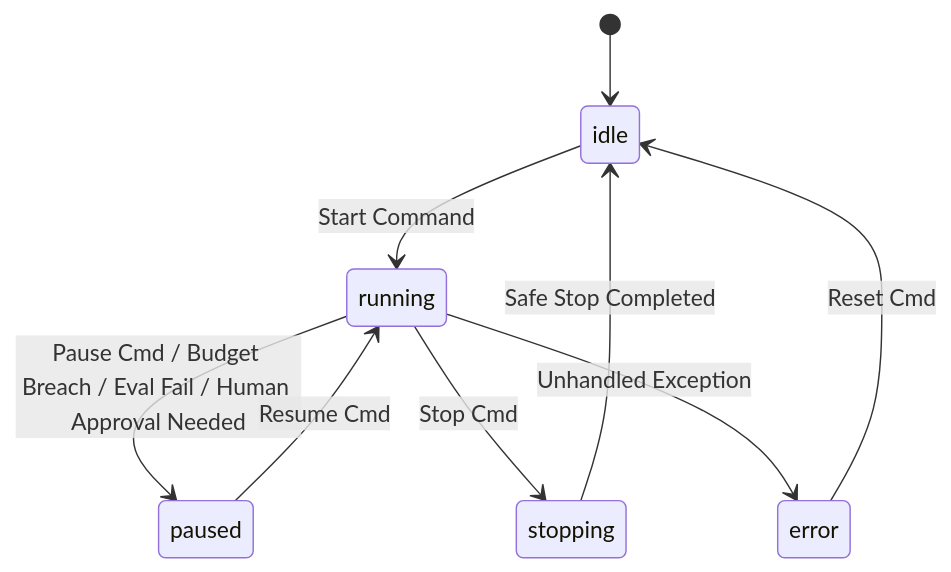
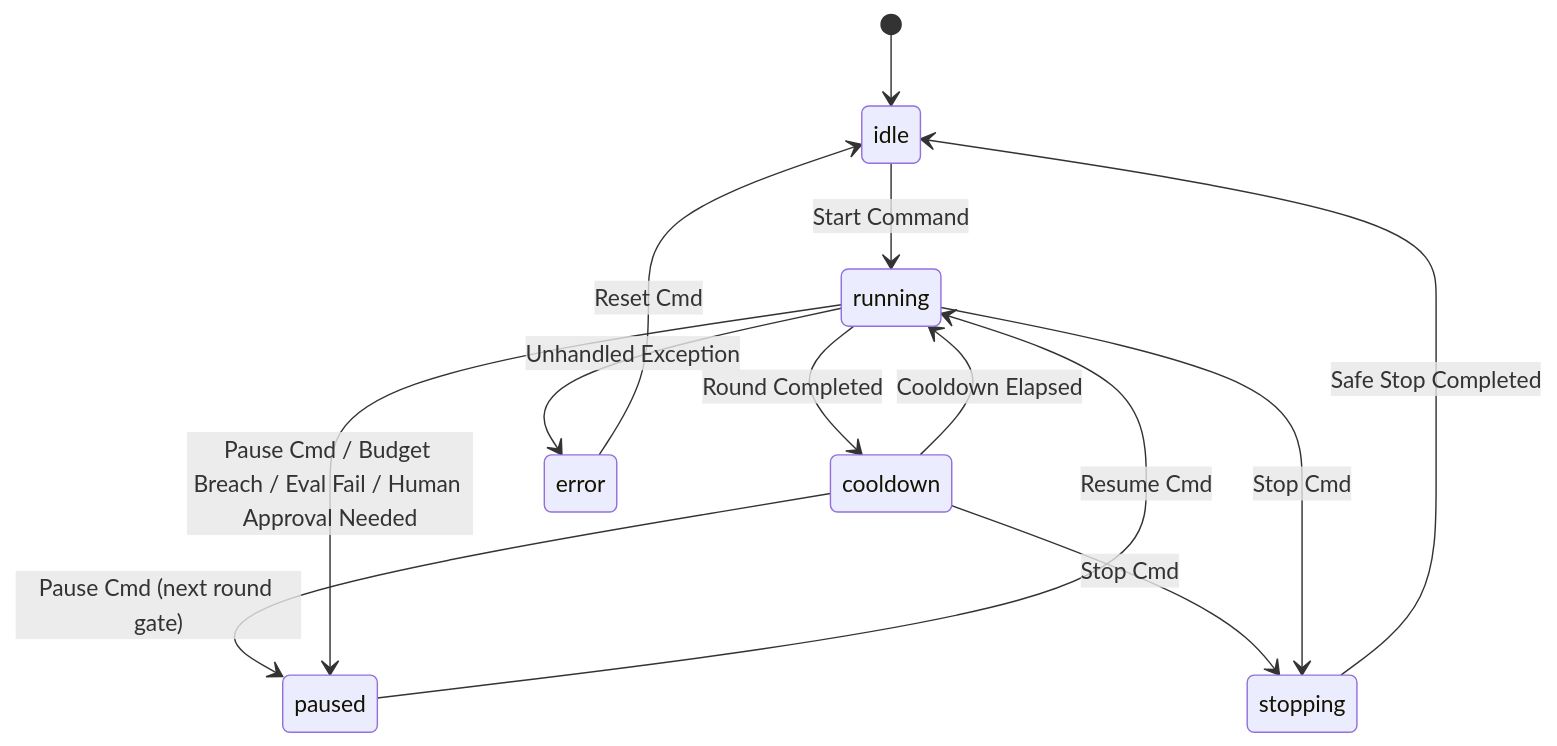
One commit to ailoop-labs/AILoop changed the second of 2 diagrams in ARCHITECTURE.md. Above: the diagram before and after it, drawn with Mermaid. The commit also changed 18 other files, not shown here.

````diff
--- a/ARCHITECTURE.md
+++ b/ARCHITECTURE.md
@@ -132,11 +132,15 @@
 ```mermaid
 stateDiagram-v2
     [*] --> idle
     idle --> running: Start Command
+    running --> cooldown: Round Completed
+    cooldown --> running: Cooldown Elapsed
+    cooldown --> paused: Pause Cmd (next round gate)
+    cooldown --> stopping: Stop Cmd
     running --> paused: Pause Cmd / Budget Breach / Eval Fail / Human Approval Needed
     running --> stopping: Stop Cmd
     paused --> running: Resume Cmd
     stopping --> idle: Safe Stop Completed
     running --> error: Unhandled Exception
     error --> idle: Reset Cmd
 ```
````
